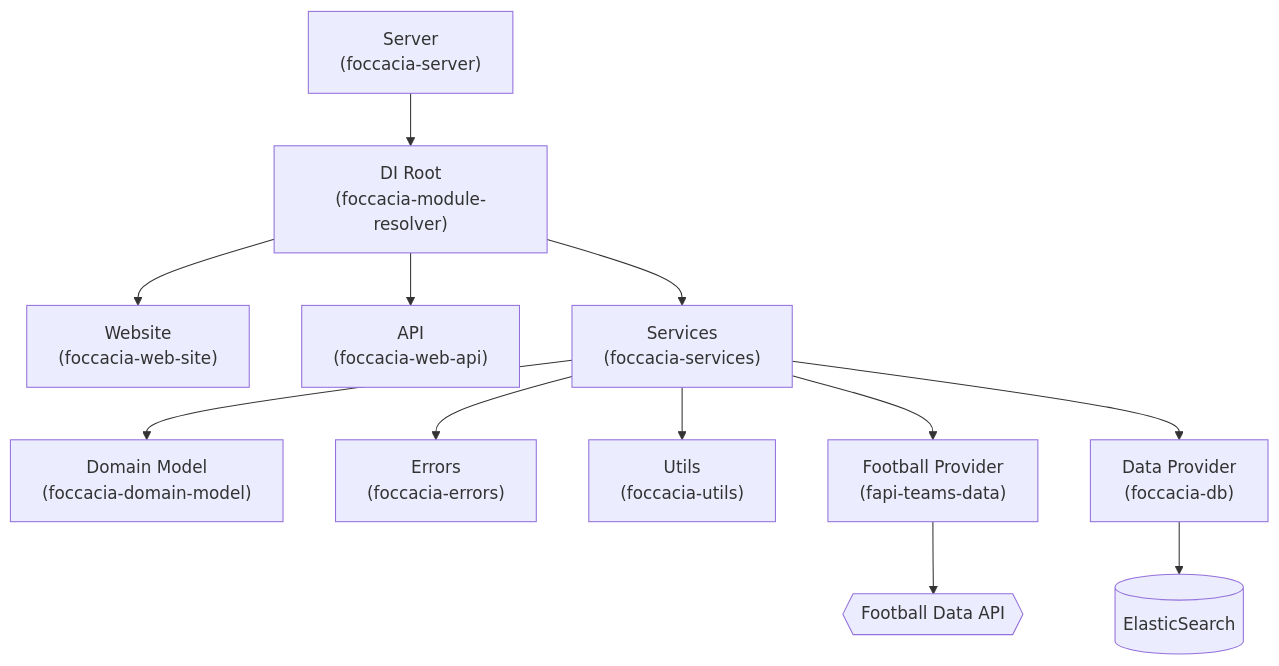
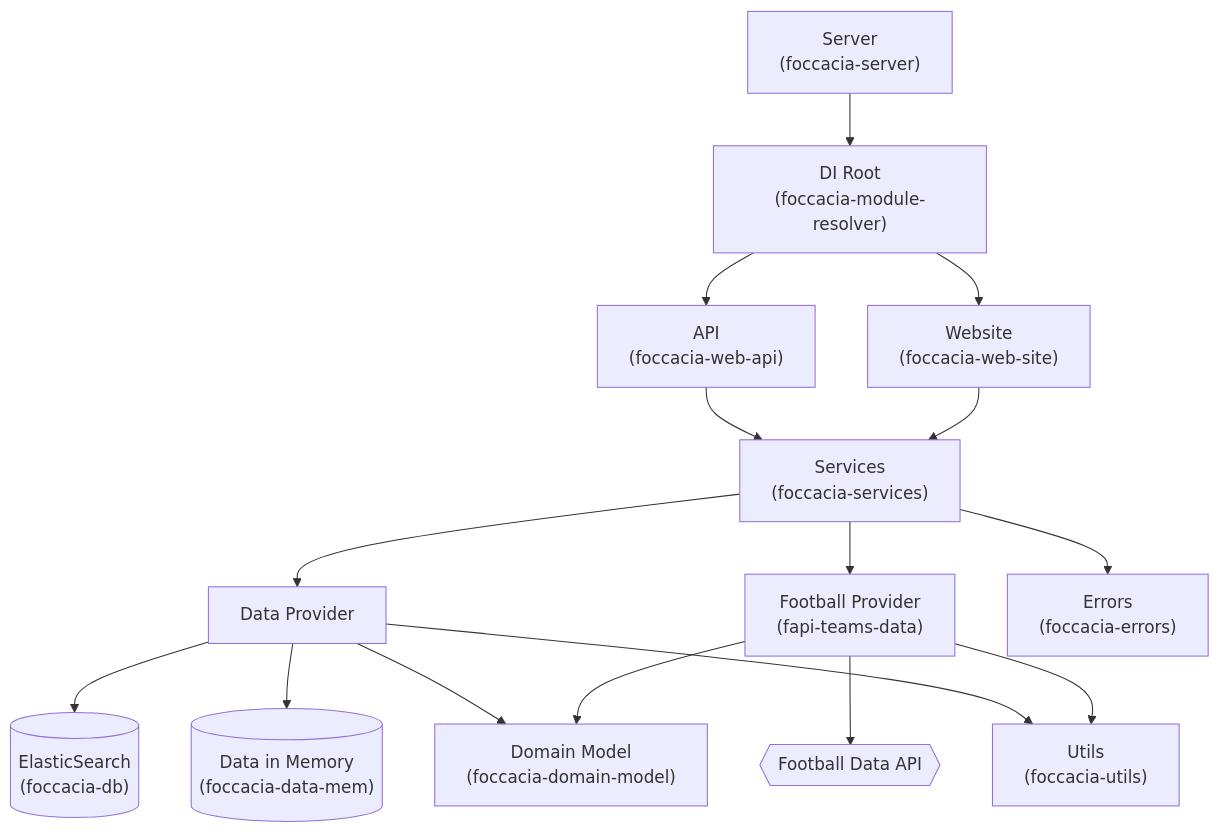
One commit to diniscorreiaa/foccacia changed the second of 2 diagrams in README.md. Above: the diagram before and after it, drawn with Mermaid. The commit also changed other lines of this file and 1 other file, not shown here.

Commit message:
update: mermaid arquitectura

````diff
--- a/README.md
+++ b/README.md
@@ -196,20 +197,25 @@
 ```mermaid
 
 flowchart TB
     server["Server\n(foccacia-server)"] --> resolver["DI Root\n(foccacia-module-resolver)"]
 
     resolver --> site["Website\n(foccacia-web-site)"]
     resolver --> api["API\n(foccacia-web-api)"]
-    resolver --> services["Services\n(foccacia-services)"]
 
-    services --> domain["Domain Model\n(foccacia-domain-model)"]
+    site --> services["Services\n(foccacia-services)"]
+    api --> services["Services\n(foccacia-services)"]
+
+    services --> db["Data Provider\n"]
+    services --> fapi["Football Provider\n(fapi-teams-data)"]
     services --> errors["Errors\n(foccacia-errors)"]
-    services --> utils["Utils\n(foccacia-utils)"]
+    
+    fapi --> football{{"Football Data API"}}
+    fapi --> domain["Domain Model\n(foccacia-domain-model)"]
+    fapi --> utils["Utils\n(foccacia-utils)"]
 
-    services --> fapi["Football Provider\n(fapi-teams-data)"]
-    services --> db["Data Provider\n(foccacia-db)"]
-
-    fapi --> football{{"Football Data API"}}
-    db --> elastic[("ElasticSearch")]
+    db --> elastic[("ElasticSearch\n(foccacia-db)")]
+    db --> mem[("Data in Memory\n(foccacia-data-mem)")]
+    db --> domain["Domain Model\n(foccacia-domain-model)"]
+    db --> utils["Utils\n(foccacia-utils)"]
 
 ```
````
